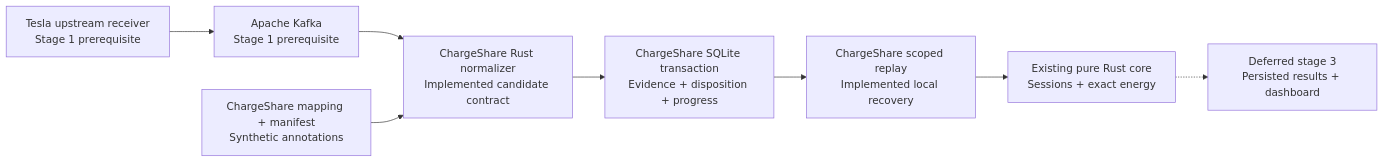
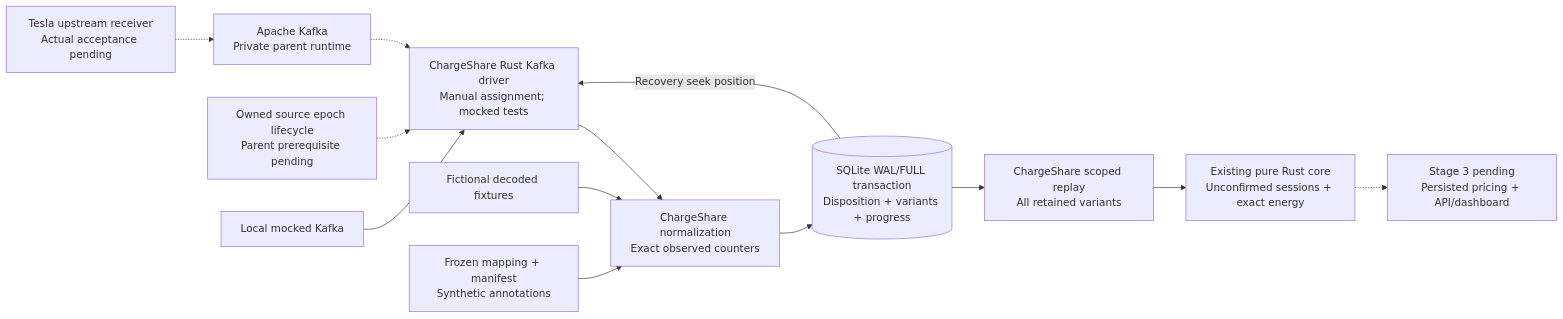
Before and after one commit to jestrada/ChargeShare: the diagram in openspec/changes/durable-synthetic-ingestion/design.md, drawn with Mermaid. The commit also changed other lines of this file and 3 other files, not shown here.

Commit message:
Update current ingestion architecture diagrams and maintenance guidance

````diff
--- a/openspec/changes/durable-synthetic-ingestion/design.md
+++ b/openspec/changes/durable-synthetic-ingestion/design.md
@@ -7,10 +7,15 @@
 ```mermaid
 flowchart LR
-    receiver["Tesla upstream receiver<br/>Stage 1 prerequisite"] --> kafka["Apache Kafka<br/>Stage 1 prerequisite"]
-    kafka --> adapter["ChargeShare Rust normalizer<br/>Implemented candidate contract"]
-    manifest["ChargeShare mapping + manifest<br/>Synthetic annotations"] --> adapter
-    adapter --> transaction["ChargeShare SQLite transaction<br/>Evidence + disposition + progress"]
-    transaction --> replay["ChargeShare scoped replay<br/>Implemented local recovery"]
-    replay --> core["Existing pure Rust core<br/>Sessions + exact energy"]
-    core -.-> later["Deferred stage 3<br/>Persisted results + dashboard"]
+    receiver["Tesla upstream receiver<br/>Actual acceptance pending"] -.-> kafka["Apache Kafka<br/>Private parent runtime"]
+    kafka -.-> consumer["ChargeShare Rust Kafka driver<br/>Manual assignment; mocked tests"]
+    epoch["Owned source epoch lifecycle<br/>Parent prerequisite pending"] -.-> consumer
+    mock["Local mocked Kafka"] --> consumer
+    candidate["Fictional decoded fixtures"] --> adapter["ChargeShare normalization<br/>Exact observed counters"]
+    consumer --> adapter
+    manifest["Frozen mapping + manifest<br/>Synthetic annotations"] --> adapter
+    adapter --> transaction[("SQLite WAL/FULL transaction<br/>Disposition + variants + progress")]
+    transaction -- "Recovery seek position" --> consumer
+    transaction --> replay["ChargeShare scoped replay<br/>All retained variants"]
+    replay --> core["Existing pure Rust core<br/>Unconfirmed sessions + exact energy"]
+    core -.-> later["Stage 3 pending<br/>Persisted pricing + API/dashboard"]
 ```
````
